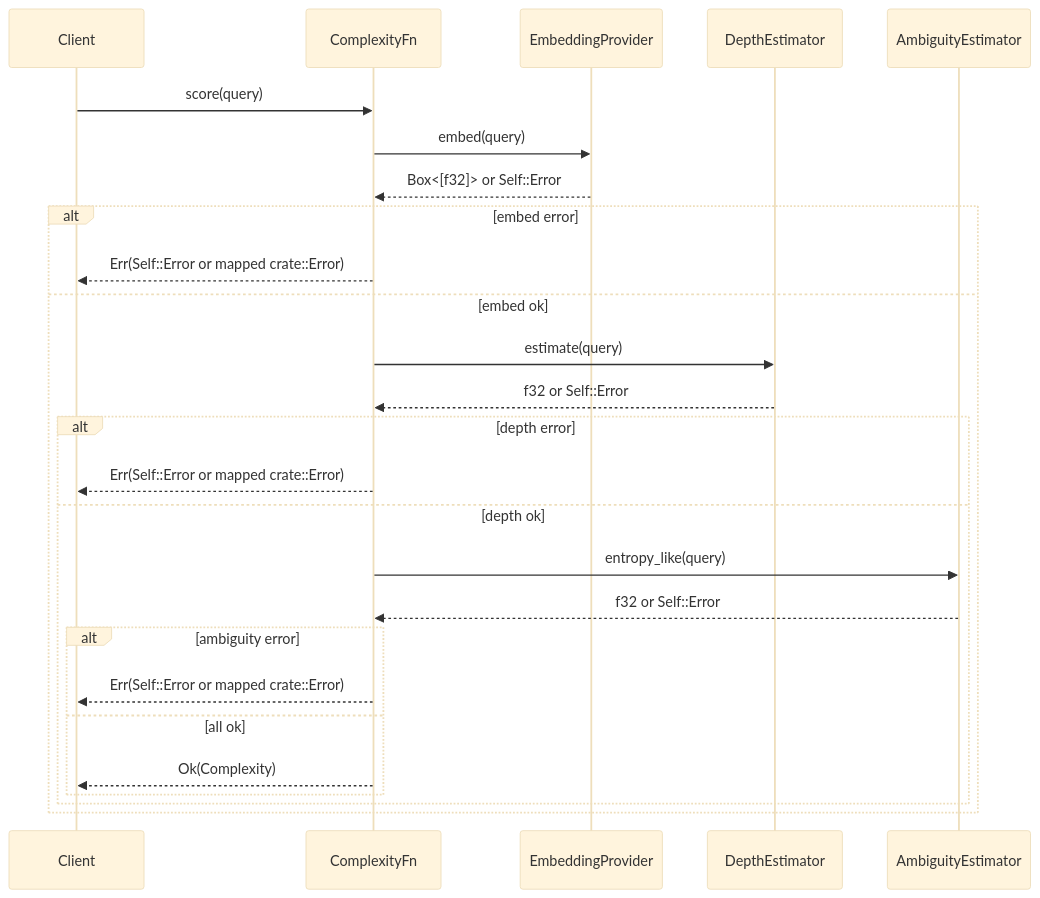
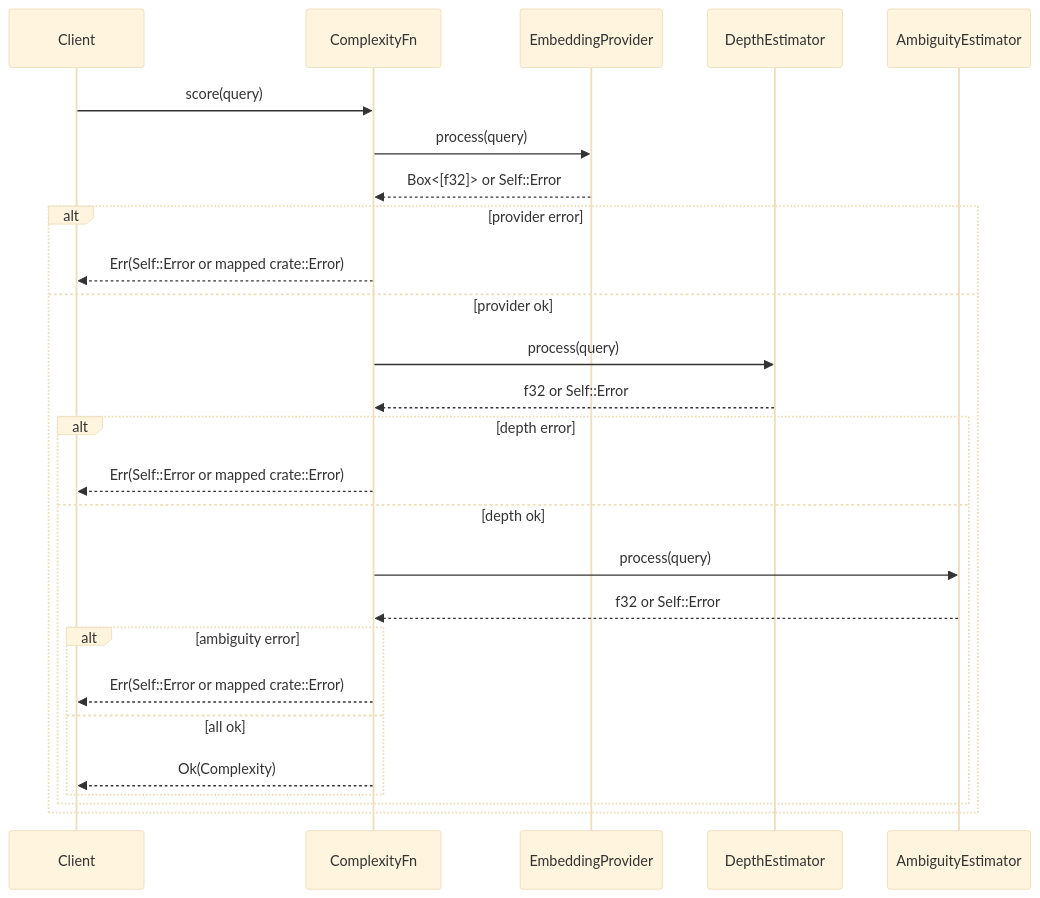
The diagram in docs/lag-complexity-function-design.md (leynos/lag-complexity), drawn with Mermaid (base theme) before and after one commit. The commit also changed other lines of this file and 4 other files, not shown here.

````diff
--- a/docs/lag-complexity-function-design.md
+++ b/docs/lag-complexity-function-design.md
@@ -190,29 +192,29 @@
 ```mermaid
 sequenceDiagram
   participant Client
   participant ComplexityFn
   participant EmbeddingProvider
   participant DepthEstimator
   participant AmbiguityEstimator
 
   Client->>ComplexityFn: score(query)
-  ComplexityFn->>EmbeddingProvider: embed(query)
+  ComplexityFn->>EmbeddingProvider: process(query)
   EmbeddingProvider-->>ComplexityFn: Box<[f32]> or Self::Error
-  alt embed error
+  alt provider error
     ComplexityFn-->>Client: Err(Self::Error or mapped crate::Error)
-  else embed ok
-    ComplexityFn->>DepthEstimator: estimate(query)
+  else provider ok
+    ComplexityFn->>DepthEstimator: process(query)
     DepthEstimator-->>ComplexityFn: f32 or Self::Error
     alt depth error
       ComplexityFn-->>Client: Err(Self::Error or mapped crate::Error)
     else depth ok
-      ComplexityFn->>AmbiguityEstimator: entropy_like(query)
+      ComplexityFn->>AmbiguityEstimator: process(query)
       AmbiguityEstimator-->>ComplexityFn: f32 or Self::Error
       alt ambiguity error
         ComplexityFn-->>Client: Err(Self::Error or mapped crate::Error)
       else all ok
         ComplexityFn-->>Client: Ok(Complexity)
       end
     end
   end
 ```
````
